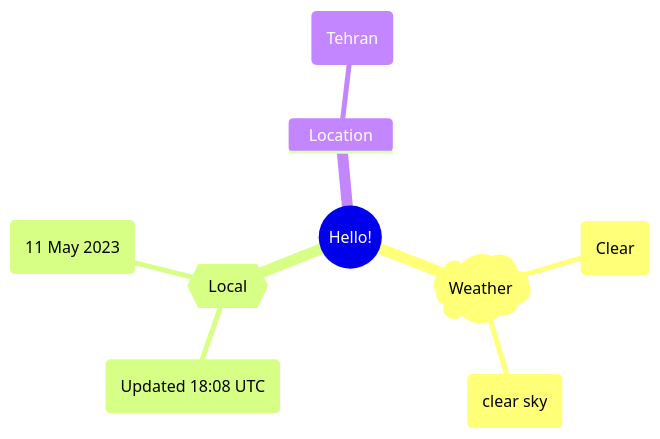
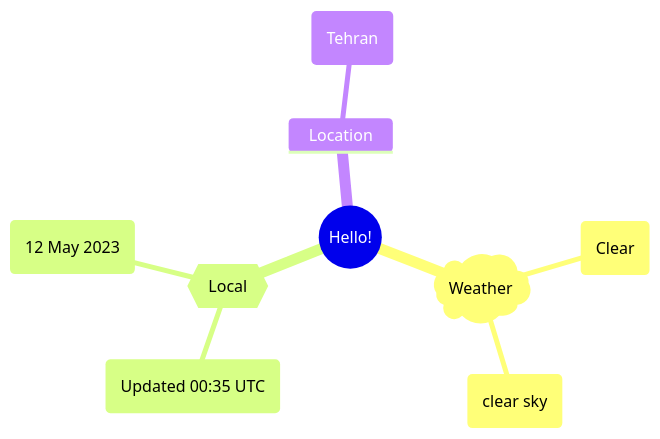
Before and after one commit to Xosrov/Xosrov: the first of 2 diagrams in README.md, drawn with Mermaid.

Commit message:
[bot] updated images

````diff
--- a/README.md
+++ b/README.md
@@ -3,12 +3,12 @@
 ```mermaid
 mindmap
   root((Hello!))
     )Weather(
         (Clear)
         (clear sky)
     {{Local}}
-        (Updated 18:08 UTC)
-        (11 May 2023)
+        (Updated 00:35 UTC)
+        (12 May 2023)
     Location
         (Tehran)
 ```
````
